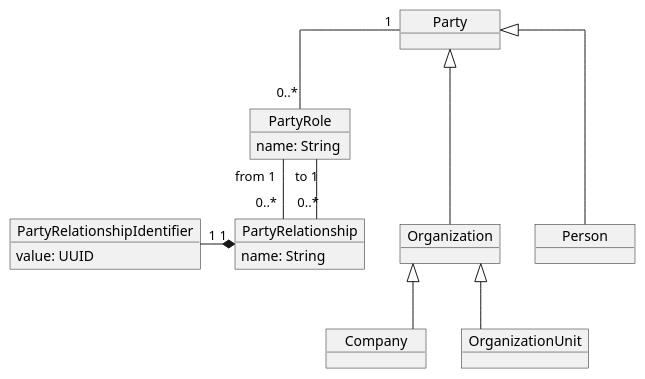
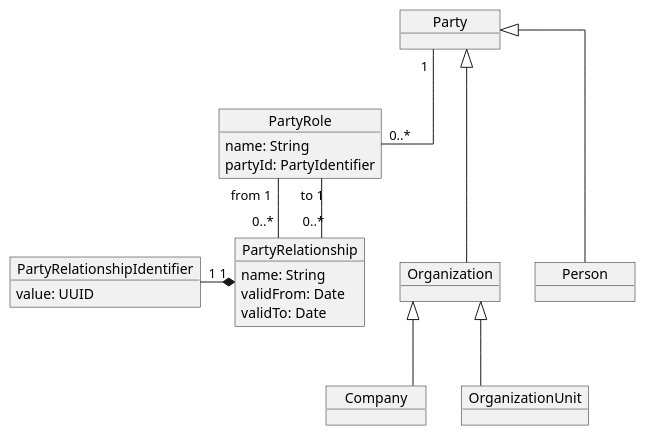
The diagram in party/diagrams/party-relationship-model.puml (Software-Archetypes/archetypes), drawn with PlantUML before and after one commit. The commit also changed 206 other files, not shown here.

```diff
--- a/party/diagrams/party-relationship-model.puml
+++ b/party/diagrams/party-relationship-model.puml
@@ -1,36 +1,39 @@
 @startuml
 skinparam MinClassWidth 100
 skinparam linetype ortho
 
 object Party
 object Person
 object Organization
 object PartyRelationship {
   name: String
+  validFrom: Date
+  validTo: Date
 }
 
 object Company
 
 object OrganizationUnit
 
 object PartyRole {
   name: String
+  partyId: PartyIdentifier
 }
 
 object PartyRelationshipIdentifier {
   value: UUID
 }
 
 PartyRelationship "1" *-left- "1" PartyRelationshipIdentifier
 
 Person --up-|> Party
 Organization --up-|> Party
 Company -up-|> Organization
 OrganizationUnit -up-|> Organization
 
 PartyRelationship "0..*" -up- "from 1" PartyRole
 PartyRelationship "0..*" -up- "to 1" PartyRole
 
 Party "1" -- "0..*" PartyRole
 
 @enduml
```
